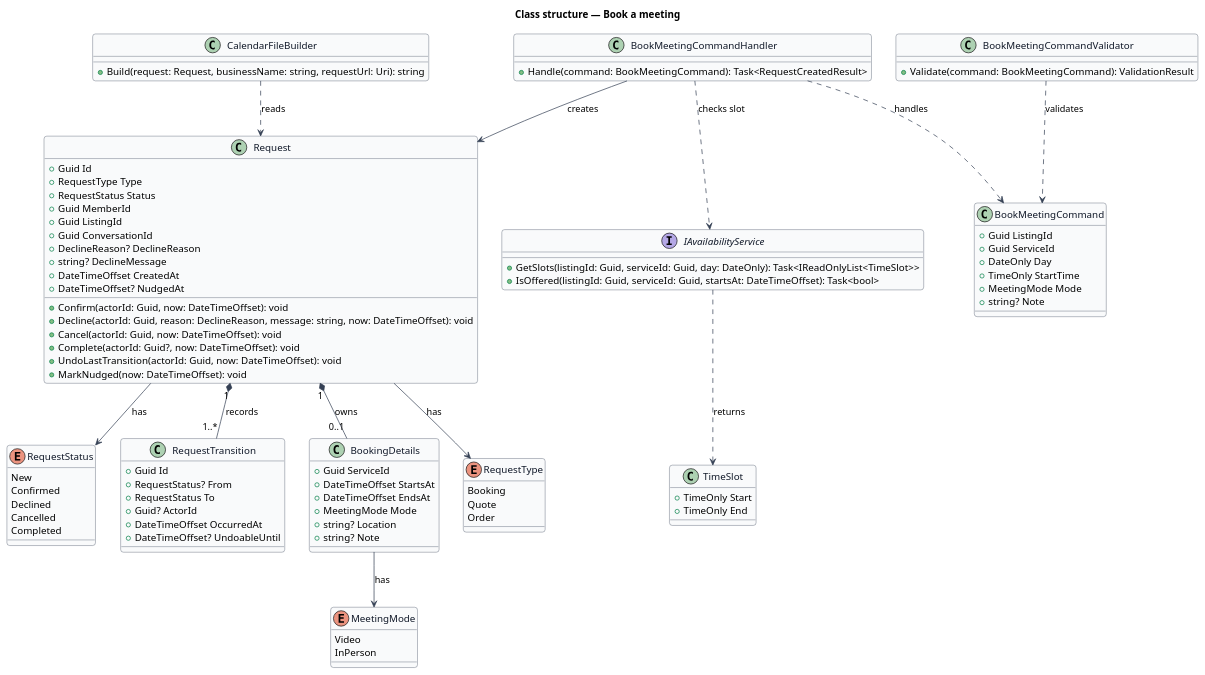
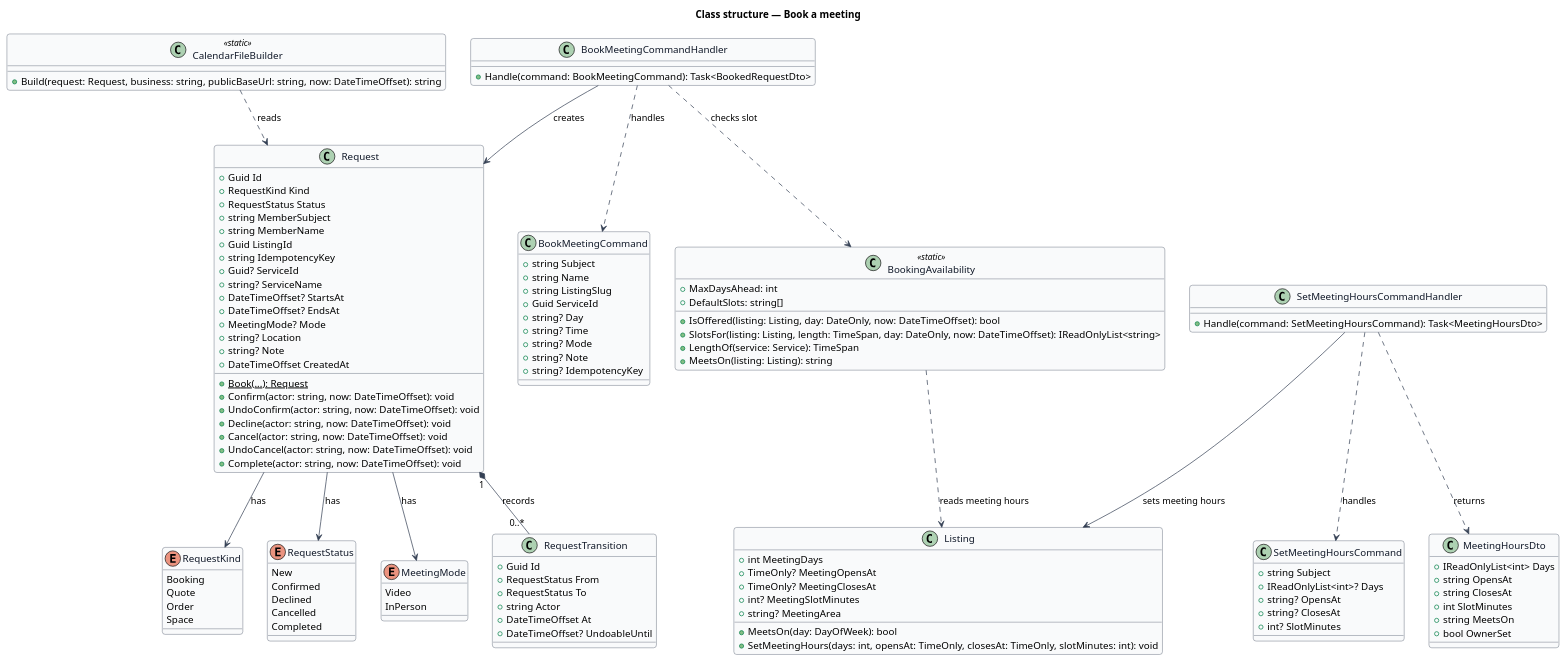
One commit to QuinntyneBrown/jubilee changed the diagram in docs/detailed-designs/requests/book-meeting/diagrams/class-structure.puml. Above: the diagram before and after it, drawn with PlantUML. The commit also changed 26 other files, not shown here.

Commit message:
Specify meeting hours the owner sets: L2-220, ADR 0048, the booking design as built and the meeting-hours mocks

```diff
--- a/docs/detailed-designs/requests/book-meeting/diagrams/class-structure.puml
+++ b/docs/detailed-designs/requests/book-meeting/diagrams/class-structure.puml
@@ -1,115 +1,142 @@
 @startuml
 ' --- shared skin header ---
 skinparam backgroundColor #FFFFFF
 skinparam shadowing false
 skinparam roundcorner 8
 skinparam defaultFontName Arial
 skinparam ArrowColor #344054
 skinparam class {
   BorderColor #344054
   FontColor #101828
   BackgroundColor #F9FAFB
 }
 ' --------------------------
 title Class structure — Book a meeting
 
-enum RequestType {
+enum RequestKind {
   Booking
   Quote
   Order
+  Space
 }
 
 enum RequestStatus {
   New
   Confirmed
   Declined
   Cancelled
   Completed
 }
 
-class Request {
-  +Guid Id
-  +RequestType Type
-  +RequestStatus Status
-  +Guid MemberId
-  +Guid ListingId
-  +Guid ConversationId
-  +DeclineReason? DeclineReason
-  +string? DeclineMessage
-  +DateTimeOffset CreatedAt
-  +DateTimeOffset? NudgedAt
-  +Confirm(actorId: Guid, now: DateTimeOffset): void
-  +Decline(actorId: Guid, reason: DeclineReason, message: string, now: DateTimeOffset): void
-  +Cancel(actorId: Guid, now: DateTimeOffset): void
-  +Complete(actorId: Guid?, now: DateTimeOffset): void
-  +UndoLastTransition(actorId: Guid, now: DateTimeOffset): void
-  +MarkNudged(now: DateTimeOffset): void
-}
-
-class RequestTransition {
-  +Guid Id
-  +RequestStatus? From
-  +RequestStatus To
-  +Guid? ActorId
-  +DateTimeOffset OccurredAt
-  +DateTimeOffset? UndoableUntil
-}
-
-Request "1" *-- "1..*" RequestTransition : records
-Request --> RequestType : has
-Request --> RequestStatus : has
-
 enum MeetingMode {
   Video
   InPerson
 }
 
-class BookingDetails {
-  +Guid ServiceId
-  +DateTimeOffset StartsAt
-  +DateTimeOffset EndsAt
-  +MeetingMode Mode
+class Request {
+  +Guid Id
+  +RequestKind Kind
+  +RequestStatus Status
+  +string MemberSubject
+  +string MemberName
+  +Guid ListingId
+  +string IdempotencyKey
+  +Guid? ServiceId
+  +string? ServiceName
+  +DateTimeOffset? StartsAt
+  +DateTimeOffset? EndsAt
+  +MeetingMode? Mode
   +string? Location
   +string? Note
+  +DateTimeOffset CreatedAt
+  +{static} Book(...): Request
+  +Confirm(actor: string, now: DateTimeOffset): void
+  +UndoConfirm(actor: string, now: DateTimeOffset): void
+  +Decline(actor: string, now: DateTimeOffset): void
+  +Cancel(actor: string, now: DateTimeOffset): void
+  +UndoCancel(actor: string, now: DateTimeOffset): void
+  +Complete(actor: string, now: DateTimeOffset): void
+}
+
+class RequestTransition {
+  +Guid Id
+  +RequestStatus From
+  +RequestStatus To
+  +string Actor
+  +DateTimeOffset At
+  +DateTimeOffset? UndoableUntil
+}
+
+class Listing {
+  +int MeetingDays
+  +TimeOnly? MeetingOpensAt
+  +TimeOnly? MeetingClosesAt
+  +int? MeetingSlotMinutes
+  +string? MeetingArea
+  +MeetsOn(day: DayOfWeek): bool
+  +SetMeetingHours(days: int, opensAt: TimeOnly, closesAt: TimeOnly, slotMinutes: int): void
 }
 
 class BookMeetingCommand {
-  +Guid ListingId
+  +string Subject
+  +string Name
+  +string ListingSlug
   +Guid ServiceId
-  +DateOnly Day
-  +TimeOnly StartTime
-  +MeetingMode Mode
+  +string? Day
+  +string? Time
+  +string? Mode
   +string? Note
-}
-
-class BookMeetingCommandValidator {
-  +Validate(command: BookMeetingCommand): ValidationResult
+  +string? IdempotencyKey
 }
 
 class BookMeetingCommandHandler {
-  +Handle(command: BookMeetingCommand): Task<RequestCreatedResult>
+  +Handle(command: BookMeetingCommand): Task<BookedRequestDto>
 }
 
-interface IAvailabilityService {
-  +GetSlots(listingId: Guid, serviceId: Guid, day: DateOnly): Task<IReadOnlyList<TimeSlot>>
-  +IsOffered(listingId: Guid, serviceId: Guid, startsAt: DateTimeOffset): Task<bool>
+class BookingAvailability <<static>> {
+  +MaxDaysAhead: int
+  +DefaultSlots: string[]
+  +IsOffered(listing: Listing, day: DateOnly, now: DateTimeOffset): bool
+  +SlotsFor(listing: Listing, length: TimeSpan, day: DateOnly, now: DateTimeOffset): IReadOnlyList<string>
+  +LengthOf(service: Service): TimeSpan
+  +MeetsOn(listing: Listing): string
 }
 
-class TimeSlot {
-  +TimeOnly Start
-  +TimeOnly End
+class SetMeetingHoursCommand {
+  +string Subject
+  +IReadOnlyList<int>? Days
+  +string? OpensAt
+  +string? ClosesAt
+  +int? SlotMinutes
 }
 
-class CalendarFileBuilder {
-  +Build(request: Request, businessName: string, requestUrl: Uri): string
+class SetMeetingHoursCommandHandler {
+  +Handle(command: SetMeetingHoursCommand): Task<MeetingHoursDto>
 }
 
-Request "1" *-- "0..1" BookingDetails : owns
-BookingDetails --> MeetingMode : has
+class MeetingHoursDto {
+  +IReadOnlyList<int> Days
+  +string OpensAt
+  +string ClosesAt
+  +int SlotMinutes
+  +string MeetsOn
+  +bool OwnerSet
+}
+
+class CalendarFileBuilder <<static>> {
+  +Build(request: Request, business: string, publicBaseUrl: string, now: DateTimeOffset): string
+}
+
+Request "1" *-- "0..*" RequestTransition : records
+Request --> RequestKind : has
+Request --> RequestStatus : has
+Request --> MeetingMode : has
 BookMeetingCommandHandler ..> BookMeetingCommand : handles
-BookMeetingCommandValidator ..> BookMeetingCommand : validates
-BookMeetingCommandHandler ..> IAvailabilityService : checks slot
+BookMeetingCommandHandler ..> BookingAvailability : checks slot
 BookMeetingCommandHandler --> Request : creates
-IAvailabilityService ..> TimeSlot : returns
+BookingAvailability ..> Listing : reads meeting hours
+SetMeetingHoursCommandHandler ..> SetMeetingHoursCommand : handles
+SetMeetingHoursCommandHandler --> Listing : sets meeting hours
+SetMeetingHoursCommandHandler ..> MeetingHoursDto : returns
 CalendarFileBuilder ..> Request : reads
 @enduml
```
